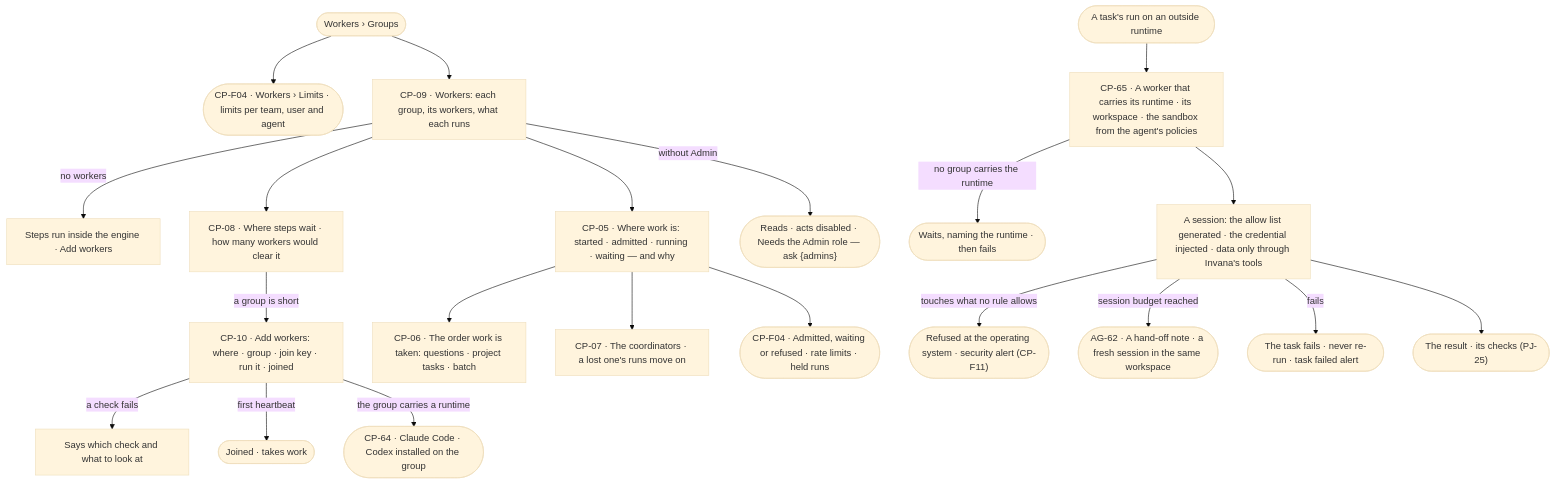
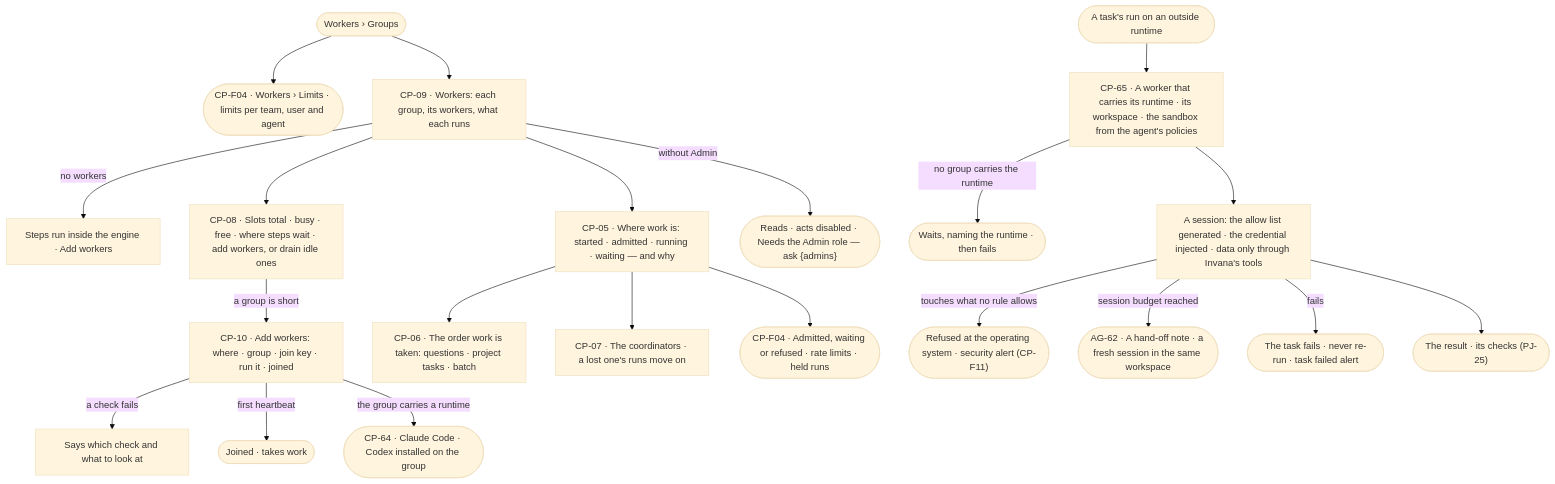
Before and after one commit to invana/invana: the first of 3 diagrams in specs/os/control/features/CP-F03-workers-and-the-queue/feature.md, drawn with Mermaid (base theme). The commit also changed other lines of this file and 54 other files, not shown here.

First line of the commit message:
docs(specs): many graph databases by access, links within one database, Model views restored

````diff
--- a/specs/os/control/features/CP-F03-workers-and-the-queue/feature.md
+++ b/specs/os/control/features/CP-F03-workers-and-the-queue/feature.md
@@ -26,23 +26,23 @@
 ```mermaid
 flowchart TD
   s([Workers › Groups]) --> lim(["CP-F04 · Workers › Limits · limits per team, user and agent"])
   s --> wk["CP-09 · Workers: each group, its workers, what each runs"]
   wk -->|no workers| nw["Steps run inside the engine · Add workers"]
-  wk --> cap["CP-08 · Where steps wait · how many workers would clear it"]
+  wk --> cap["CP-08 · Slots total · busy · free · where steps wait · add workers, or drain idle ones"]
   cap -->|a group is short| add["CP-10 · Add workers: where · group · join key · run it · joined"]
   add -->|a check fails| fx["Says which check and what to look at"]
   add -->|first heartbeat| j(["Joined · takes work"])
   wk --> flow["CP-05 · Where work is: started · admitted · running · waiting — and why"]
   flow --> ord["CP-06 · The order work is taken: questions · project tasks · batch"]
   flow --> co["CP-07 · The coordinators · a lost one's runs move on"]
   flow --> adm(["CP-F04 · Admitted, waiting or refused · rate limits · held runs"])
   wk -->|without Admin| ro(["Reads · acts disabled · Needs the Admin role — ask {admins}"])
   add -->|the group carries a runtime| rt(["CP-64 · Claude Code · Codex installed on the group"])
   task([A task's run on an outside runtime]) --> sbx["CP-65 · A worker that carries its runtime · its workspace · the sandbox from the agent's policies"]
   sbx -->|no group carries the runtime| nr(["Waits, naming the runtime · then fails"])
   sbx --> ses["A session: the allow list generated · the credential injected · data only through Invana's tools"]
   ses -->|touches what no rule allows| ref(["Refused at the operating system · security alert (CP-F11)"])
   ses -->|session budget reached| ho(["AG-62 · A hand-off note · a fresh session in the same workspace"])
   ses -->|fails| fl(["The task fails · never re-run · task failed alert"])
   ses --> done(["The result · its checks (PJ-25)"])
 ```
````
